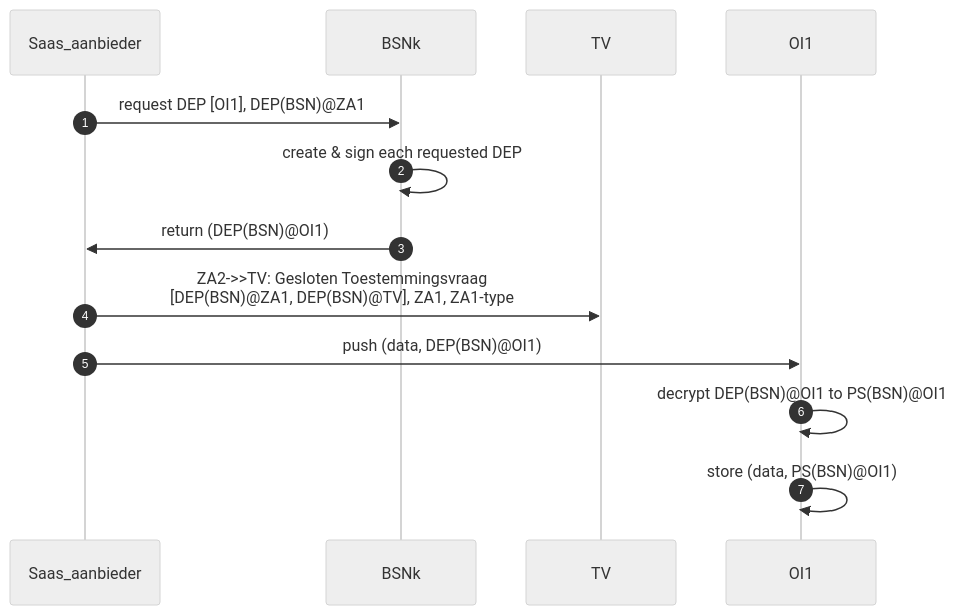
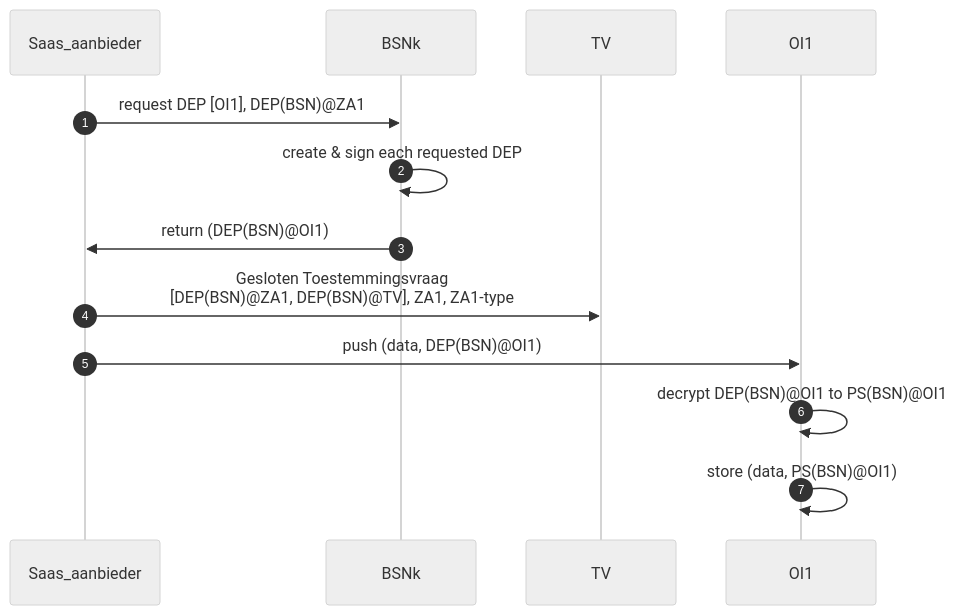
The seventh of 9 diagrams in architectuur/sequentie-diagrammen.md (minvws/generiekefuncties-lokalisatie), drawn with Mermaid (neutral theme) before and after one commit.

````diff
--- a/architectuur/sequentie-diagrammen.md
+++ b/architectuur/sequentie-diagrammen.md
@@ -92,11 +92,11 @@
 ```mermaid
 sequenceDiagram
 autonumber
 Saas_aanbieder->> BSNk: request DEP [OI1], DEP(BSN)@ZA1
 BSNk ->> BSNk: create & sign each requested DEP
 BSNk ->> Saas_aanbieder:  return (DEP(BSN)@OI1)
-Saas_aanbieder->>TV: ZA2->>TV: Gesloten Toestemmingsvraag <br/>[DEP(BSN)@ZA1, DEP(BSN)@TV], ZA1, ZA1-type
+Saas_aanbieder->>TV: Gesloten Toestemmingsvraag <br/>[DEP(BSN)@ZA1, DEP(BSN)@TV], ZA1, ZA1-type
 Saas_aanbieder->>OI1:  push (data, DEP(BSN)@OI1)
 OI1->>OI1: decrypt DEP(BSN)@OI1 to PS(BSN)@OI1
 OI1->>OI1: store (data, PS(BSN)@OI1)
 ```
````
